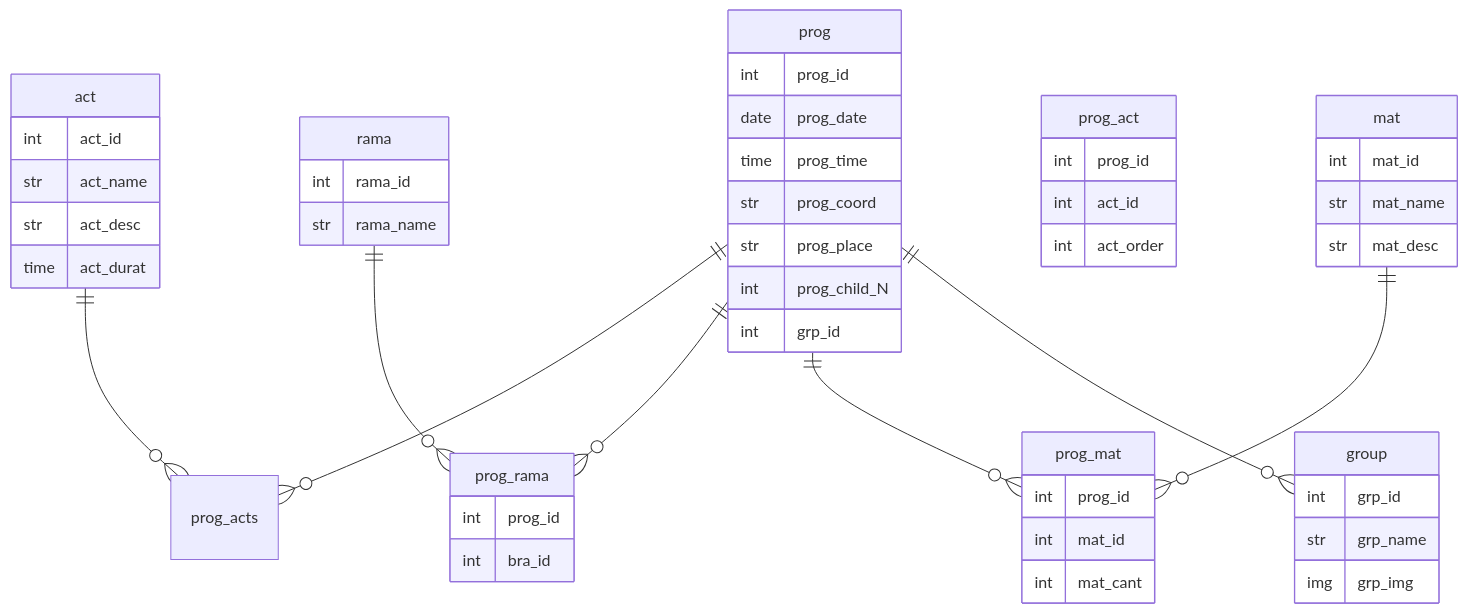
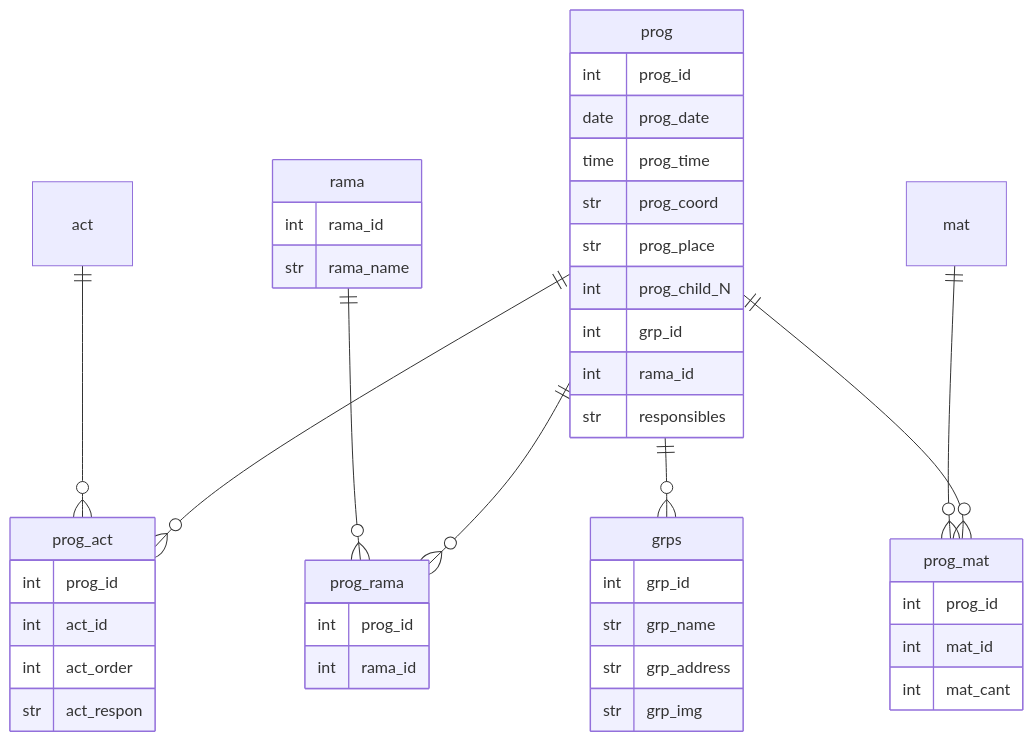
The third of 3 diagrams in .md/2.db.md (Covija97/badentracker), drawn with Mermaid before and after one commit. The commit also changed other lines of this file, not shown here.

Commit message:
Refactor database schema documentation to improve clarity and consistency in SQL model definitions

````diff
--- a/.md/2.db.md
+++ b/.md/2.db.md
@@ -162,62 +153,53 @@
 ```mermaid
 erDiagram
-
-    act {
-        int act_id
-        str act_name
-        str act_desc
-        time act_durat
-    }
-
-    rama {
-        int rama_id
-        str rama_name
-    }
-
-    mat {
-        int mat_id
-        str mat_name
-        str mat_desc    
-    }
-
-    prog_act {
-        int prog_id
-        int act_id
-        int act_order
-    }
-
-    prog_rama {
-        int prog_id
-        int bra_id
-    }
-
-    prog_mat {
-        int prog_id
-        int mat_id
-        int mat_cant
-    }
-
-    group {
-        int grp_id
-        str grp_name
-        img grp_img
-    }
 
     prog {
         int prog_id
         date prog_date
         time prog_time
         str prog_coord
         str prog_place
         int prog_child_N
         int grp_id
+        int rama_id
+        str responsibles
     }
 
-    prog ||--o{ prog_acts : ""
-    act ||--o{ prog_acts : ""
+    rama {
+        int rama_id
+        str rama_name
+    }
+
+    grps {
+        int grp_id
+        str grp_name
+        str grp_address
+        str grp_img
+    }
+
+    prog_act {
+        int prog_id
+        int act_id
+        int act_order
+        str act_respon
+    }
+
+    prog_rama {
+        int prog_id
+        int rama_id
+    }
+
+    prog_mat {
+        int prog_id
+        int mat_id
+        int mat_cant
+    }
+
+    prog ||--o{ prog_act : ""
+    act  ||--o{ prog_act : ""
+    prog ||--o{ prog_rama : ""
     rama ||--o{ prog_rama : ""
-    prog ||--o{ prog_rama : ""
-    mat ||--o{ prog_mat : ""
     prog ||--o{ prog_mat : ""
-    prog ||--o{ group : ""
+    mat  ||--o{ prog_mat : ""
+    prog ||--o{ grps : ""
 ```
````
